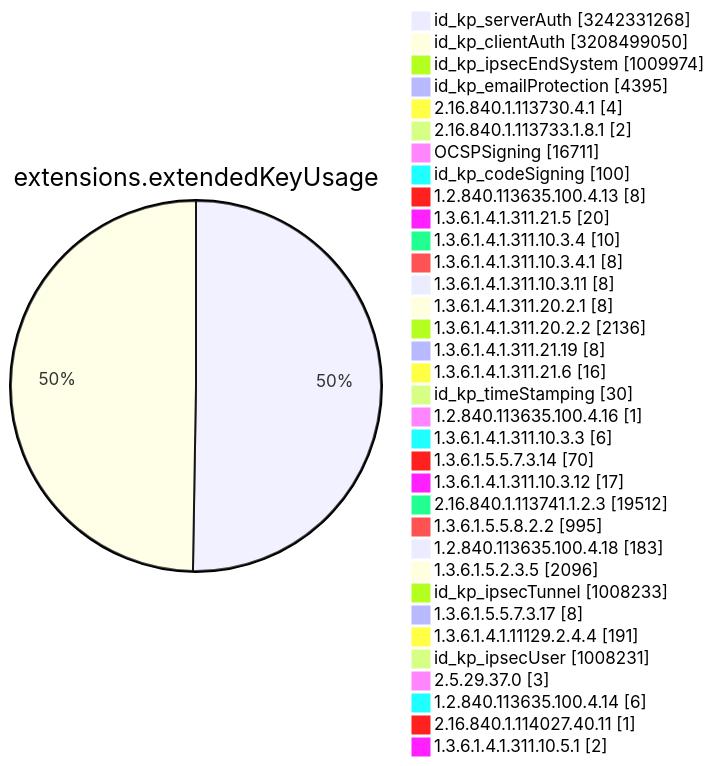
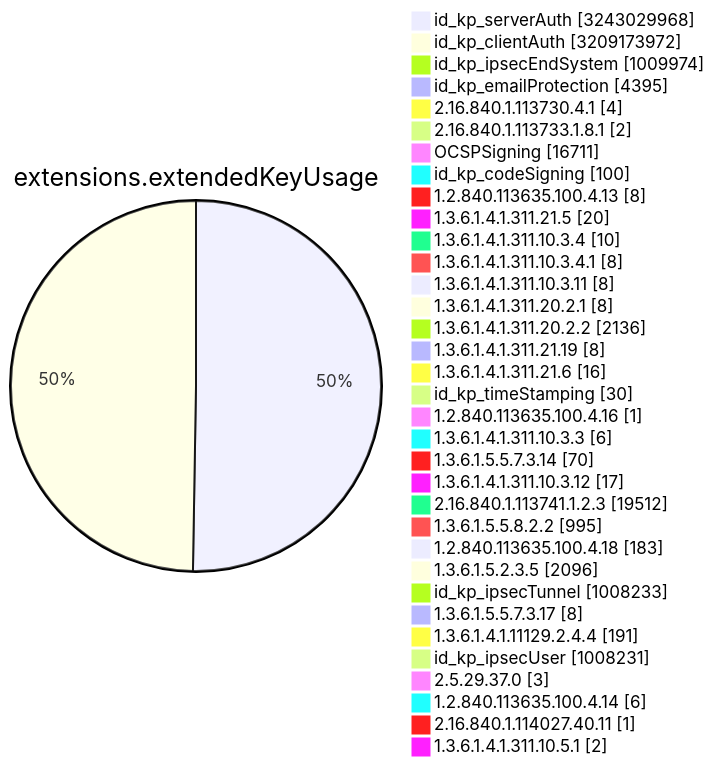
One commit to christiankrug/ctmonitor_visualization changed diagram 11 of 15 in TOTAL/README.md. Above: the diagram before and after it, drawn with Mermaid. The commit also changed other lines of this file, not shown here.

````diff
--- a/TOTAL/README.md
+++ b/TOTAL/README.md
@@ -4119,38 +4119,38 @@
 ```mermaid
 pie showData
 title extensions.extendedKeyUsage
-"id_kp_serverAuth" :3242331268
-"id_kp_clientAuth" :3208499050
+"id_kp_serverAuth" :3243029968
+"id_kp_clientAuth" :3209173972
 "id_kp_ipsecEndSystem" :1009974
 "id_kp_emailProtection" :4395
 "2.16.840.1.113730.4.1" :4
 "2.16.840.1.113733.1.8.1" :2
 "OCSPSigning" :16711
 "id_kp_codeSigning" :100
 "1.2.840.113635.100.4.13" :8
 "1.3.6.1.4.1.311.21.5" :20
 "1.3.6.1.4.1.311.10.3.4" :10
 "1.3.6.1.4.1.311.10.3.4.1" :8
 "1.3.6.1.4.1.311.10.3.11" :8
 "1.3.6.1.4.1.311.20.2.1" :8
 "1.3.6.1.4.1.311.20.2.2" :2136
 "1.3.6.1.4.1.311.21.19" :8
 "1.3.6.1.4.1.311.21.6" :16
 "id_kp_timeStamping" :30
 "1.2.840.113635.100.4.16" :1
 "1.3.6.1.4.1.311.10.3.3" :6
 "1.3.6.1.5.5.7.3.14" :70
 "1.3.6.1.4.1.311.10.3.12" :17
 "2.16.840.1.113741.1.2.3" :19512
 "1.3.6.1.5.5.8.2.2" :995
 "1.2.840.113635.100.4.18" :183
 "1.3.6.1.5.2.3.5" :2096
 "id_kp_ipsecTunnel" :1008233
 "1.3.6.1.5.5.7.3.17" :8
 "1.3.6.1.4.1.11129.2.4.4" :191
 "id_kp_ipsecUser" :1008231
 "2.5.29.37.0" :3
 "1.2.840.113635.100.4.14" :6
 "2.16.840.1.114027.40.11" :1
 "1.3.6.1.4.1.311.10.5.1" :2
 ```
````
